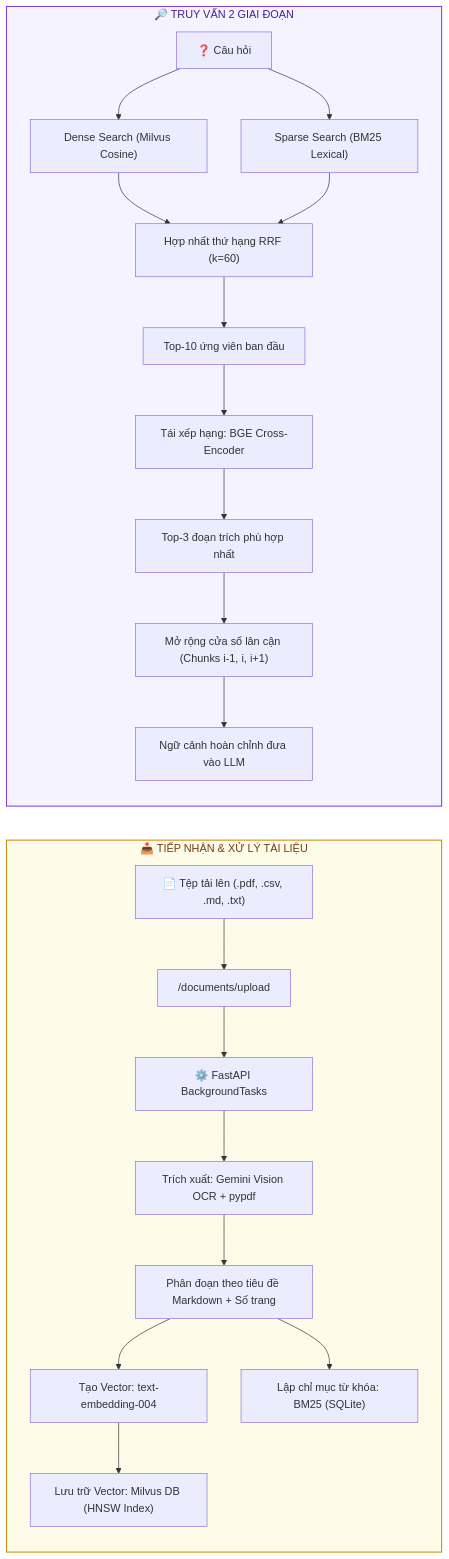
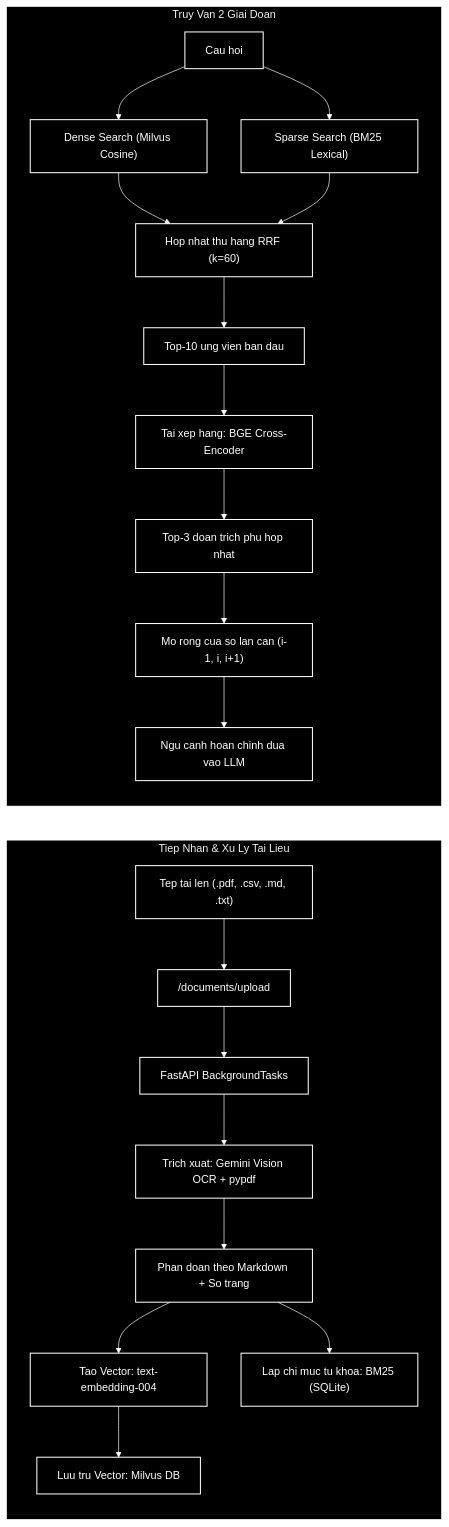
The third of 3 diagrams in README.md (NguyenVietNguyen2612/ai_documents_assistant), drawn with Mermaid before and after one commit. The commit also changed other lines of this file, not shown here.

Commit message:
docs: add directory structure, agent architecture diagram, and dark monochrome styling for mermaid diagrams without icons

````diff
--- a/README.md
+++ b/README.md
@@ -119,27 +234,40 @@
 ```mermaid
+%%{init: {
+  'theme': 'base',
+  'themeVariables': {
+    'background': '#000000',
+    'primaryColor': '#000000',
+    'primaryTextColor': '#ffffff',
+    'primaryBorderColor': '#ffffff',
+    'lineColor': '#ffffff',
+    'textColor': '#ffffff',
+    'edgeLabelBackground': '#000000',
+    'clusterBkg': '#000000',
+    'clusterBorder': '#ffffff'
+  }
+}}%%
 flowchart LR
-    subgraph Ingestion ["📥 TIẾP NHẬN & XỬ LÝ TÀI LIỆU"]
-        File["📄 Tệp tải lên (.pdf, .csv, .md, .txt)"] --> DocRoute["/documents/upload"]
-        DocRoute --> BG["⚙️ FastAPI BackgroundTasks"]
-        BG --> Extract["Trích xuất: Gemini Vision OCR + pypdf"]
-        Extract --> Chunking["Phân đoạn theo tiêu đề Markdown + Số trang"]
-        Chunking --> Embed["Tạo Vector: text-embedding-004"]
-        Chunking --> BM25_Idx["Lập chỉ mục từ khóa: BM25 (SQLite)"]
-        Embed --> Milvus_Idx["Lưu trữ Vector: Milvus DB (HNSW Index)"]
+    subgraph Ingestion ["Tiep Nhan & Xu Ly Tai Lieu"]
+        File["Tep tai len (.pdf, .csv, .md, .txt)"] --> DocRoute["/documents/upload"]
+        DocRoute --> BG["FastAPI BackgroundTasks"]
+        BG --> Extract["Trich xuat: Gemini Vision OCR + pypdf"]
+        Extract --> Chunking["Phan doan theo Markdown + So trang"]
+        Chunking --> Embed["Tao Vector: text-embedding-004"]
+        Chunking --> BM25_Idx["Lap chi muc tu khoa: BM25 (SQLite)"]
+        Embed --> Milvus_Idx["Luu tru Vector: Milvus DB"]
     end
 
-    subgraph Retrieval ["🔎 TRUY VẤN 2 GIAI ĐOẠN"]
-        Query["❓ Câu hỏi"] --> Dense["Dense Search (Milvus Cosine)"]
+    subgraph Retrieval ["Truy Van 2 Giai Doan"]
+        Query["Cau hoi"] --> Dense["Dense Search (Milvus Cosine)"]
         Query --> Sparse["Sparse Search (BM25 Lexical)"]
-        Dense --> RRF["Hợp nhất thứ hạng RRF (k=60)"]
+        Dense --> RRF["Hop nhat thu hang RRF (k=60)"]
         Sparse --> RRF
-        RRF --> Candidates["Top-10 ứng viên ban đầu"]
-        Candidates --> Rerank["Tái xếp hạng: BGE Cross-Encoder"]
-        Rerank --> TopK["Top-3 đoạn trích phù hợp nhất"]
-        TopK --> WinExp["Mở rộng cửa sổ lân cận (Chunks i-1, i, i+1)"]
-        WinExp --> FinalContext["Ngữ cảnh hoàn chỉnh đưa vào LLM"]
+        RRF --> Candidates["Top-10 ung vien ban dau"]
+        Candidates --> Rerank["Tai xep hang: BGE Cross-Encoder"]
+        Rerank --> TopK["Top-3 doan trich phu hop nhat"]
+        TopK --> WinExp["Mo rong cua so lan can (i-1, i, i+1)"]
+        WinExp --> FinalContext["Ngu canh hoan chinh dua vao LLM"]
     end
 
-    style Ingestion fill:#fefce8,stroke:#ca8a04,stroke-width:1.5px,color:#713f12
-    style Retrieval fill:#f5f3ff,stroke:#7c3aed,stroke-width:1.5px,color:#4c1d95
+    classDef default fill:#000000,stroke:#ffffff,stroke-width:1.5px,color:#ffffff;
 ```
````
